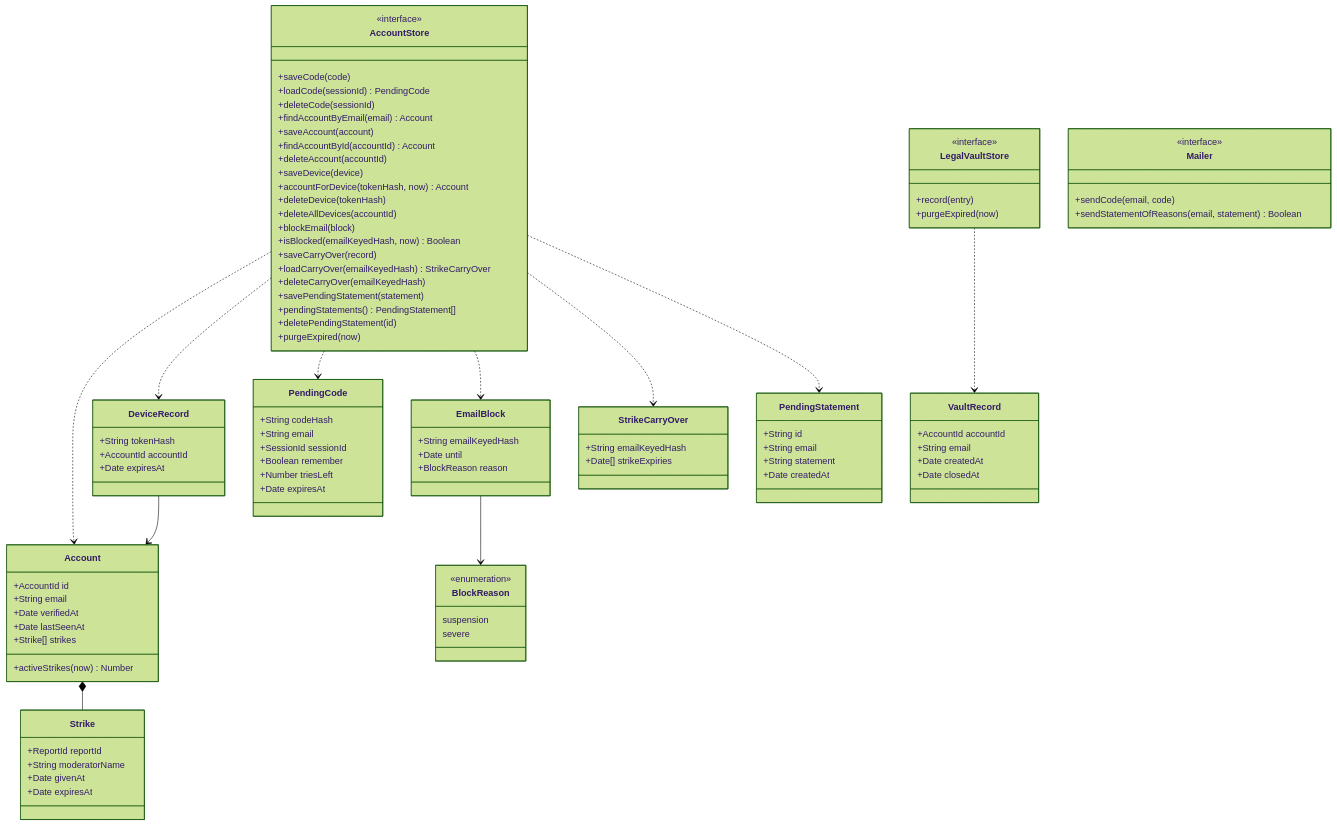
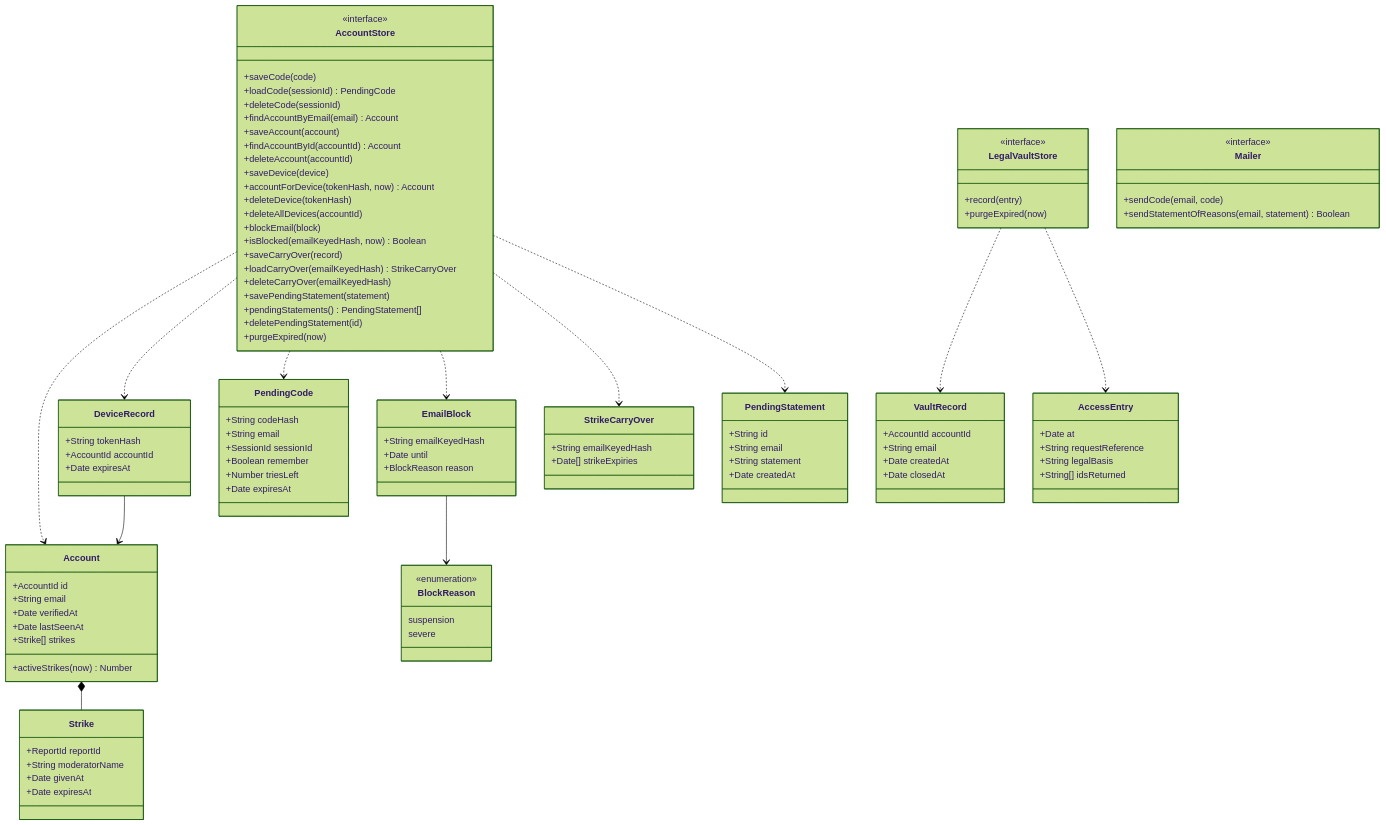
Before and after one commit to benoit-bremaud/asv: the diagram in docs/architecture/diagrams/accounts/04-class.md, drawn with Mermaid (forest theme). The commit also changed other lines of this file and 21 other files, not shown here.

````diff
--- a/docs/architecture/diagrams/accounts/04-class.md
+++ b/docs/architecture/diagrams/accounts/04-class.md
@@ -89,6 +89,12 @@
     +Date createdAt
     +Date closedAt
   }
+  class AccessEntry {
+    +Date at
+    +String requestReference
+    +String legalBasis
+    +String[] idsReturned
+  }
   class LegalVaultStore {
     <<interface>>
     +record(entry)
@@ -109,4 +115,5 @@
   AccountStore ..> StrikeCarryOver
   AccountStore ..> PendingStatement
   LegalVaultStore ..> VaultRecord
+  LegalVaultStore ..> AccessEntry
 ```
````
